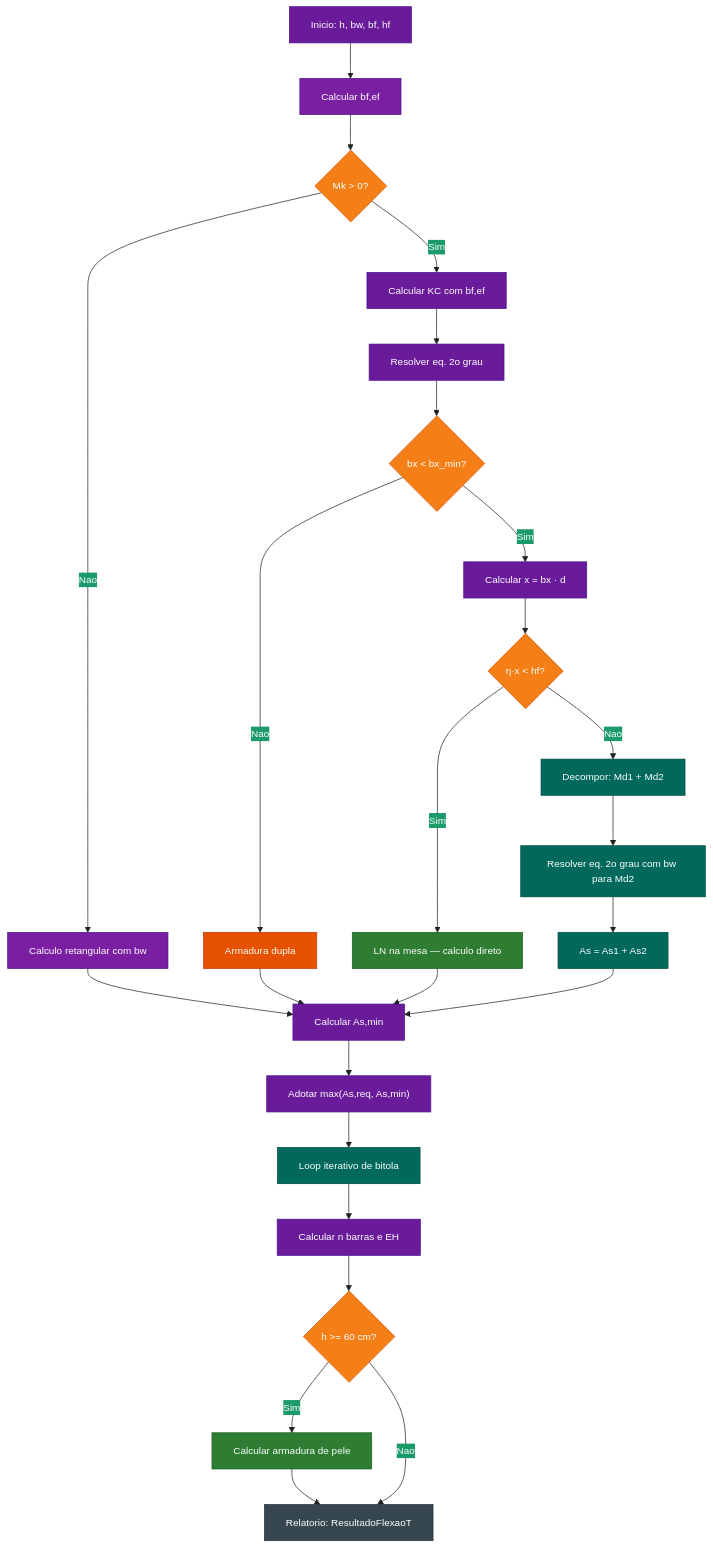
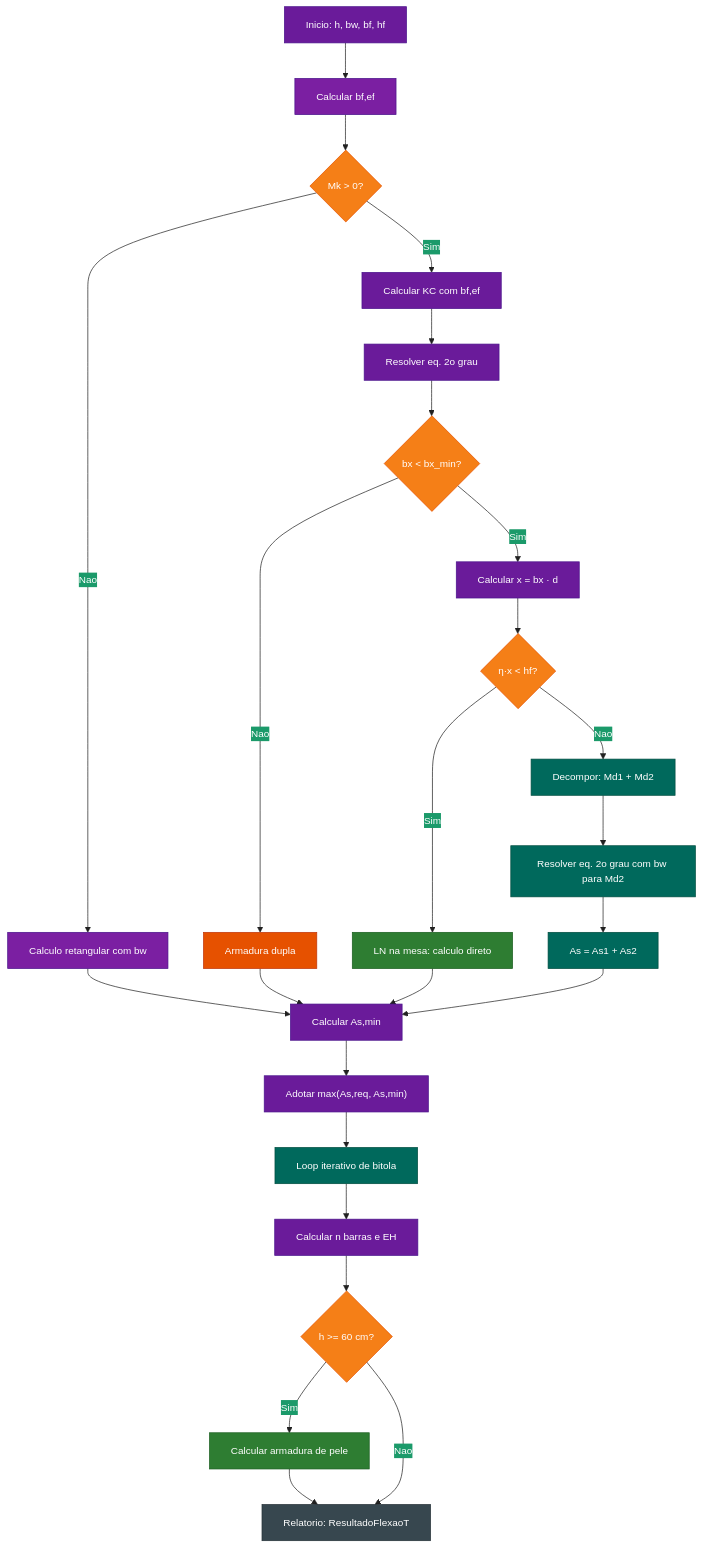
One commit to samuel-c-santos/portica-app changed the third of 3 diagrams in docs/calculo.md. Above: the diagram before and after it, drawn with Mermaid. The commit also changed other lines of this file and 10 other files, not shown here.

````diff
--- a/docs/calculo.md
+++ b/docs/calculo.md
@@ -429,44 +429,44 @@
 ```mermaid
 %%{init: {'theme':'base', 'themeVariables': {'primaryColor':'#6A1B9A','primaryTextColor':'#FFFFFF','primaryBorderColor':'#4A148C','lineColor':'#212121','fontSize':'14px'}}}%%
 flowchart TD
     A["Inicio: h, bw, bf, hf"] --> B["Calcular bf,ef"]
     B --> POS{"Mk > 0?"}
     POS -->|Nao| NEG["Calculo retangular com bw"]
     POS -->|Sim| C["Calcular KC com bf,ef"]
     C --> D["Resolver eq. 2o grau"]
     D --> E{"bx < bx_min?"}
     E -->|Nao| AD["Armadura dupla"]
     E -->|Sim| G["Calcular x = bx · d"]
     G --> H{"η·x < hf?"}
-    H -->|Sim| LN_MESA["LN na mesa — calculo direto"]
+    H -->|Sim| LN_MESA["LN na mesa: calculo direto"]
     H -->|Nao| DECOMP["Decompor: Md1 + Md2"]
     DECOMP --> RESOLVER["Resolver eq. 2o grau com bw para Md2"]
     RESOLVER --> SOMAR["As = As1 + As2"]
     LN_MESA --> I["Calcular As,min"]
     SOMAR --> I
     NEG --> I
     AD --> I
     I --> K["Adotar max(As,req, As,min)"]
     K --> IT["Loop iterativo de bitola"]
     IT --> L["Calcular n barras e EH"]
     L --> PELE{"h >= 60 cm?"}
     PELE -->|Sim| PL["Calcular armadura de pele"]
     PELE -->|Nao| M["Relatorio: ResultadoFlexaoT"]
     PL --> M
 
     style A fill:#6A1B9A,stroke:#4A148C,color:#FFFFFF
     style B fill:#7B1FA2,stroke:#4A148C,color:#FFFFFF
     style POS fill:#F57F17,stroke:#E65100,color:#FFFFFF
     style E fill:#F57F17,stroke:#E65100,color:#FFFFFF
     style H fill:#F57F17,stroke:#E65100,color:#FFFFFF
     style LN_MESA fill:#2E7D32,stroke:#1B5E20,color:#FFFFFF
     style DECOMP fill:#00695C,stroke:#004D40,color:#FFFFFF
     style RESOLVER fill:#00695C,stroke:#004D40,color:#FFFFFF
     style SOMAR fill:#00695C,stroke:#004D40,color:#FFFFFF
     style M fill:#37474F,stroke:#263238,color:#FFFFFF
     style AD fill:#E65100,stroke:#BF360C,color:#FFFFFF
     style NEG fill:#7B1FA2,stroke:#4A148C,color:#FFFFFF
     style IT fill:#00695C,stroke:#004D40,color:#FFFFFF
     style PELE fill:#F57F17,stroke:#E65100,color:#FFFFFF
     style PL fill:#2E7D32,stroke:#1B5E20,color:#FFFFFF
 ```
````
